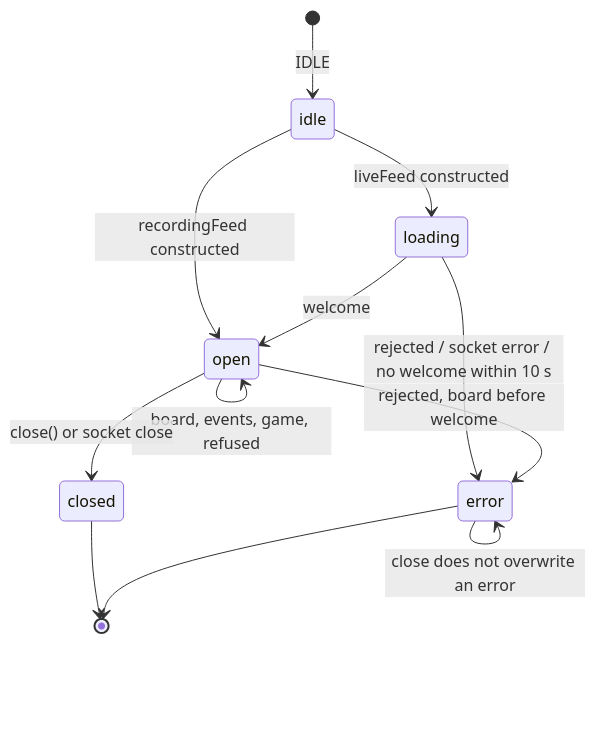
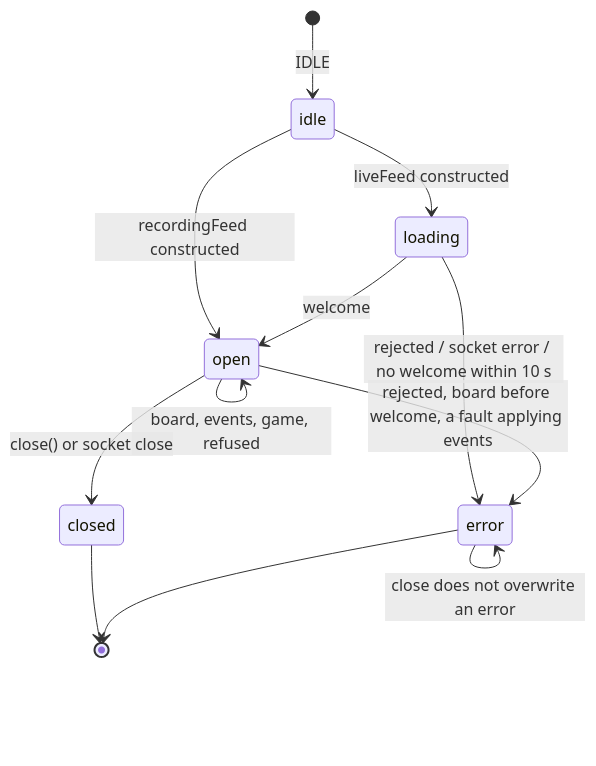
Diagram 11 of 11 in docs/design/viewer/design.md (cstupi/tabletop), drawn with Mermaid before and after one commit. The commit also changed other lines of this file and 16 other files, not shown here.

First line of the commit message:
Level the viewer plan, design doc, spec, architecture and handoff with the merged viewer

````diff
--- a/docs/design/viewer/design.md
+++ b/docs/design/viewer/design.md
@@ -783,14 +813,14 @@
 ```mermaid
 stateDiagram-v2
     [*] --> idle: IDLE
     idle --> open: recordingFeed constructed
     idle --> loading: liveFeed constructed
     loading --> open: welcome
     loading --> error: rejected / socket error / no welcome within 10 s
     open --> open: board, events, game, refused
-    open --> error: rejected, board before welcome
+    open --> error: rejected, board before welcome, a fault applying events
     open --> closed: close() or socket close
     error --> error: close does not overwrite an error
     closed --> [*]
     error --> [*]
 ```
````
